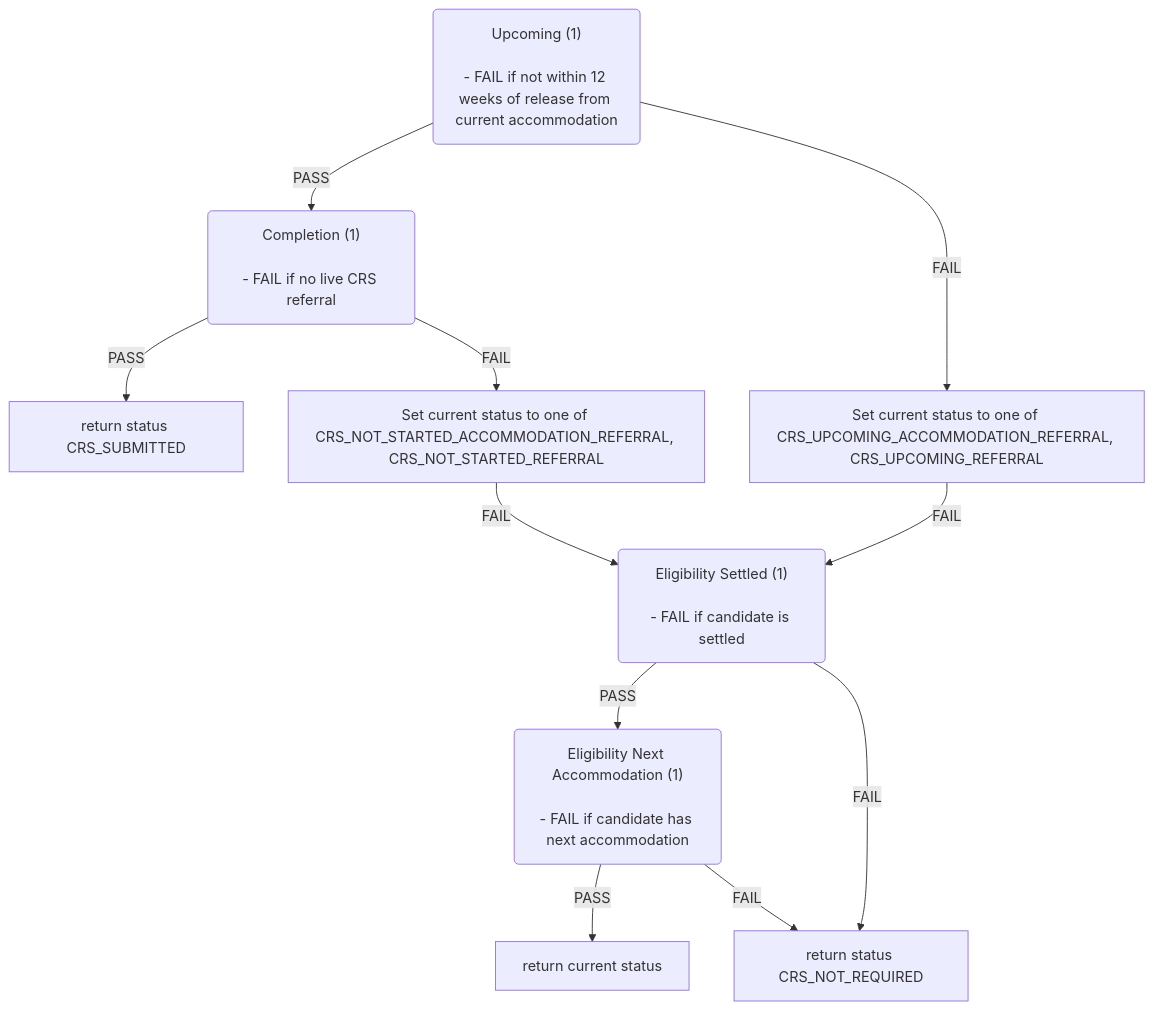
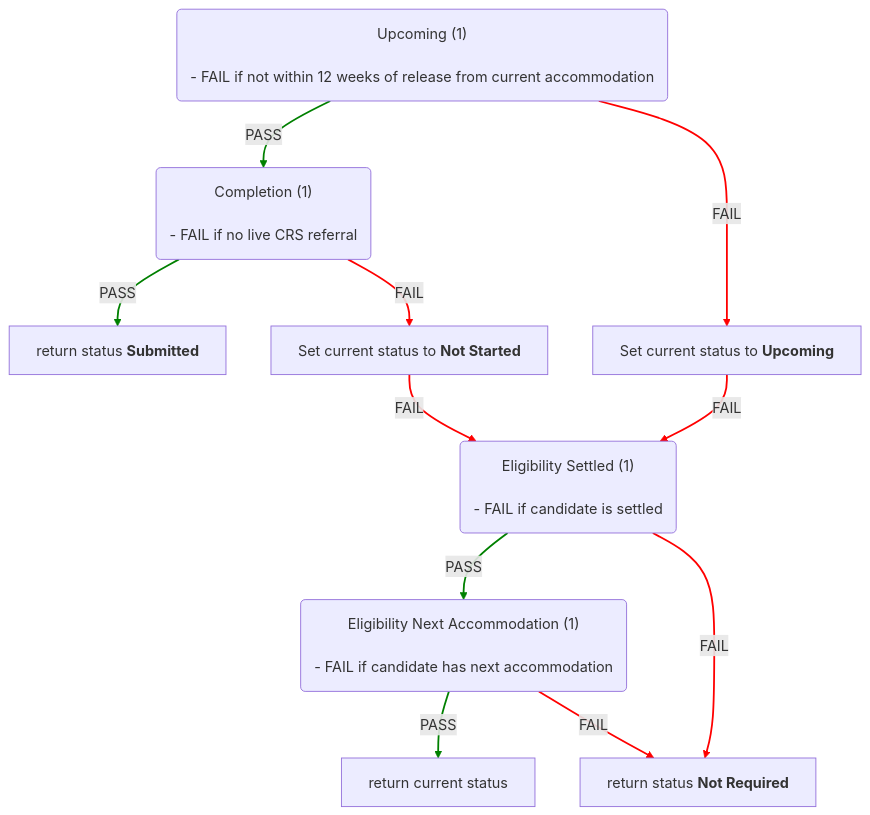
The fourth of 6 diagrams in docs/eligibility-rules-graph.md (ministryofjustice/hmpps-single-accommodation-service-api), drawn with Mermaid before and after one commit. The commit also changed other lines of this file and 8 other files, not shown here.

Commit message:
chore/SAS-1532-Use-UI-statuses-in-graph-instead-of-enums

````diff
--- a/docs/eligibility-rules-graph.md
+++ b/docs/eligibility-rules-graph.md
@@ -362,30 +445,33 @@
 ```mermaid
+%%{init: {"flowchart": {"wrappingWidth": 800}}}%%
 flowchart TD
   Upcoming("Upcoming (1)
 
 - FAIL if not within 12 weeks of release from current accommodation")
   Completion("Completion (1)
 
 - FAIL if no live CRS referral")
-  return_status_CRS_SUBMITTED["return status CRS_SUBMITTED"]
-  Set_current_status_to_one_of_CRS_NOT_STARTED_ACCOMMODATION_REFERRAL__CRS_NOT_STARTED_REFERRAL["Set current status to one of CRS_NOT_STARTED_ACCOMMODATION_REFERRAL, CRS_NOT_STARTED_REFERRAL"]
+  return_status_Submitted["return status <b>Submitted</b>"]
+  Set_current_status_to_Not_Started["Set current status to <b>Not Started</b>"]
   Eligibility_Settled("Eligibility Settled (1)
 
 - FAIL if candidate is settled")
   Eligibility_Next_Accommodation("Eligibility Next Accommodation (1)
 
 - FAIL if candidate has next accommodation")
   return_current_status["return current status"]
-  return_status_CRS_NOT_REQUIRED["return status CRS_NOT_REQUIRED"]
-  Set_current_status_to_one_of_CRS_UPCOMING_ACCOMMODATION_REFERRAL__CRS_UPCOMING_REFERRAL["Set current status to one of CRS_UPCOMING_ACCOMMODATION_REFERRAL, CRS_UPCOMING_REFERRAL"]
-  Completion -->|PASS| return_status_CRS_SUBMITTED
-  Completion -->|FAIL| Set_current_status_to_one_of_CRS_NOT_STARTED_ACCOMMODATION_REFERRAL__CRS_NOT_STARTED_REFERRAL
+  return_status_Not_Required["return status <b>Not Required</b>"]
+  Set_current_status_to_Upcoming["Set current status to <b>Upcoming</b>"]
+  Completion -->|PASS| return_status_Submitted
+  Completion -->|FAIL| Set_current_status_to_Not_Started
   Eligibility_Next_Accommodation -->|PASS| return_current_status
-  Eligibility_Next_Accommodation -->|FAIL| return_status_CRS_NOT_REQUIRED
+  Eligibility_Next_Accommodation -->|FAIL| return_status_Not_Required
   Eligibility_Settled -->|PASS| Eligibility_Next_Accommodation
-  Eligibility_Settled -->|FAIL| return_status_CRS_NOT_REQUIRED
-  Set_current_status_to_one_of_CRS_NOT_STARTED_ACCOMMODATION_REFERRAL__CRS_NOT_STARTED_REFERRAL -->|FAIL| Eligibility_Settled
+  Eligibility_Settled -->|FAIL| return_status_Not_Required
+  Set_current_status_to_Not_Started -->|FAIL| Eligibility_Settled
   Upcoming -->|PASS| Completion
-  Upcoming -->|FAIL| Set_current_status_to_one_of_CRS_UPCOMING_ACCOMMODATION_REFERRAL__CRS_UPCOMING_REFERRAL
-  Set_current_status_to_one_of_CRS_UPCOMING_ACCOMMODATION_REFERRAL__CRS_UPCOMING_REFERRAL -->|FAIL| Eligibility_Settled
+  Upcoming -->|FAIL| Set_current_status_to_Upcoming
+  Set_current_status_to_Upcoming -->|FAIL| Eligibility_Settled
+  linkStyle 0,2,4,7 stroke:green,stroke-width:2px
+  linkStyle 1,3,5,6,8,9 stroke:red,stroke-width:2px
 ```
````
